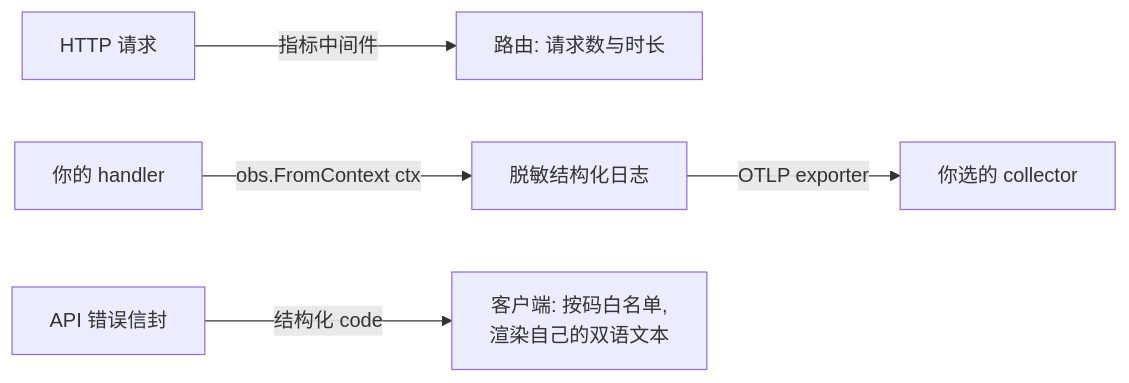
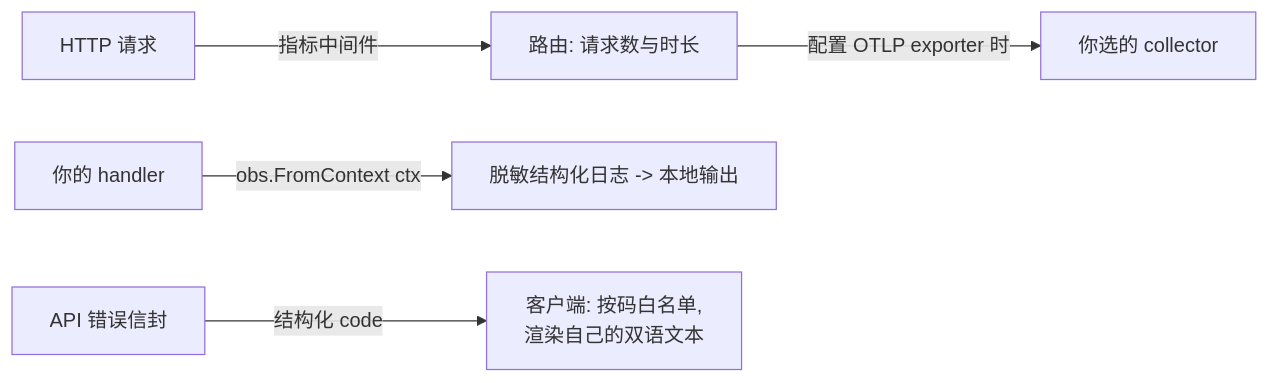
The diagram in docs/site/content.zh-cn/docs/user-guide/domains/observability-and-ops.md (vislake/speed), drawn with Mermaid before and after one commit. The commit also changed other lines of this file and 49 other files, not shown here.

````diff
--- a/docs/site/content.zh-cn/docs/user-guide/domains/observability-and-ops.md
+++ b/docs/site/content.zh-cn/docs/user-guide/domains/observability-and-ops.md
@@ -14,7 +14,7 @@
 ```mermaid
 flowchart LR
     R[HTTP 请求] -->|指标中间件| M[路由: 请求数与时长]
-    H[你的 handler] -->|obs.FromContext ctx| L[脱敏结构化日志]
-    L -->|OTLP exporter| C[你选的 collector]
+    H[你的 handler] -->|obs.FromContext ctx| L[脱敏结构化日志 -> 本地输出]
+    M -->|配置 OTLP exporter 时| C[你选的 collector]
     E[API 错误信封] -->|结构化 code| X[客户端: 按码白名单,\n渲染自己的双语文本]
 ```
````
